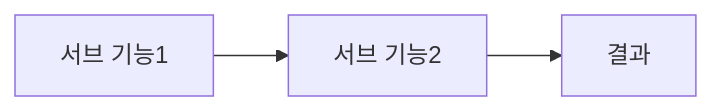
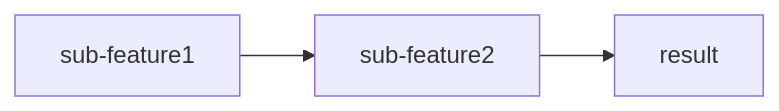
The diagram in solera/skills/writing-goal/assets/service-map-sub.md (noory-code/noory-ai), drawn with Mermaid before and after one commit. The commit also changed other lines of this file and 95 other files, not shown here.

````diff
--- a/solera/skills/writing-goal/assets/service-map-sub.md
+++ b/solera/skills/writing-goal/assets/service-map-sub.md
@@ -34,7 +34,7 @@
 ```mermaid
 flowchart LR
-    A[서브 기능1] --> B[서브 기능2]
-    B --> C[결과]
+    A[sub-feature1] --> B[sub-feature2]
+    B --> C[result]
 
     classDef planned fill:#f5f5f5,stroke:#999,color:#666
 ```
````
